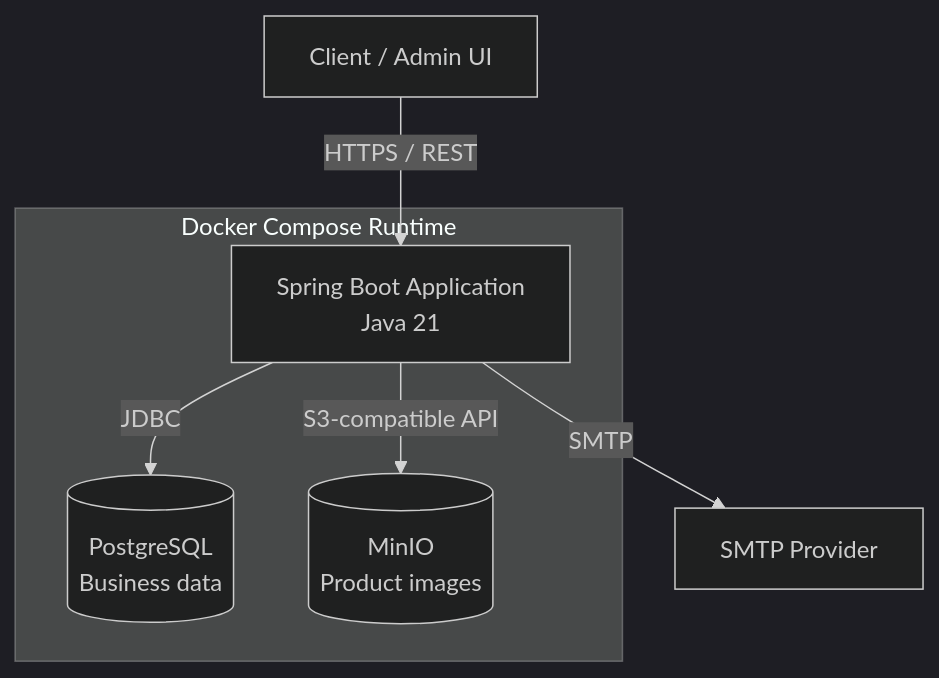
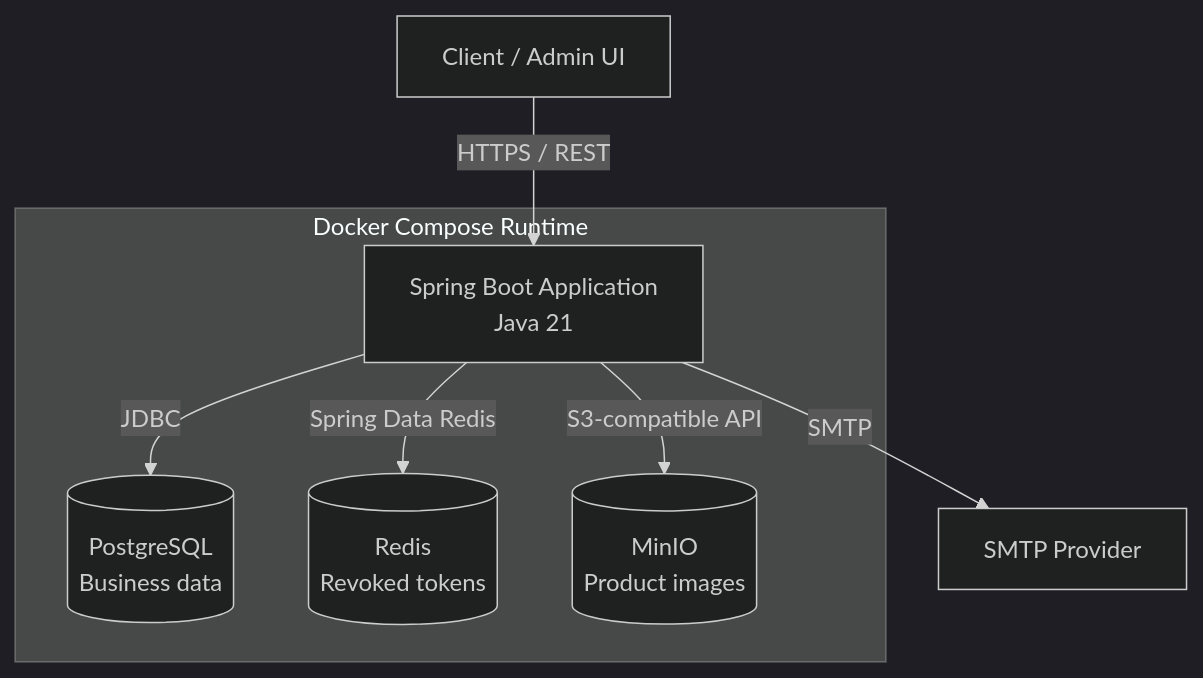
One commit to Team-4185/phone-shop changed the second of 6 diagrams in docs/ARCHITECTURE.md. Above: the diagram before and after it, drawn with Mermaid (dark theme). The commit also changed other lines of this file and 3 other files, not shown here.

````diff
--- a/docs/ARCHITECTURE.md
+++ b/docs/ARCHITECTURE.md
@@ -35,16 +35,18 @@
 ```mermaid
 flowchart TB
     subgraph Runtime[Docker Compose Runtime]
         App[Spring Boot Application<br/>Java 21]
         DB[(PostgreSQL<br/>Business data)]
+        Redis[(Redis<br/>Revoked tokens)]
         ObjectStorage[(MinIO<br/>Product images)]
     end
 
     Browser[Client / Admin UI]
     MailProvider[SMTP Provider]
 
     Browser -->|HTTPS / REST| App
     App -->|JDBC| DB
+    App -->|Spring Data Redis| Redis
     App -->|S3-compatible API| ObjectStorage
     App -->|SMTP| MailProvider
 ```
````
